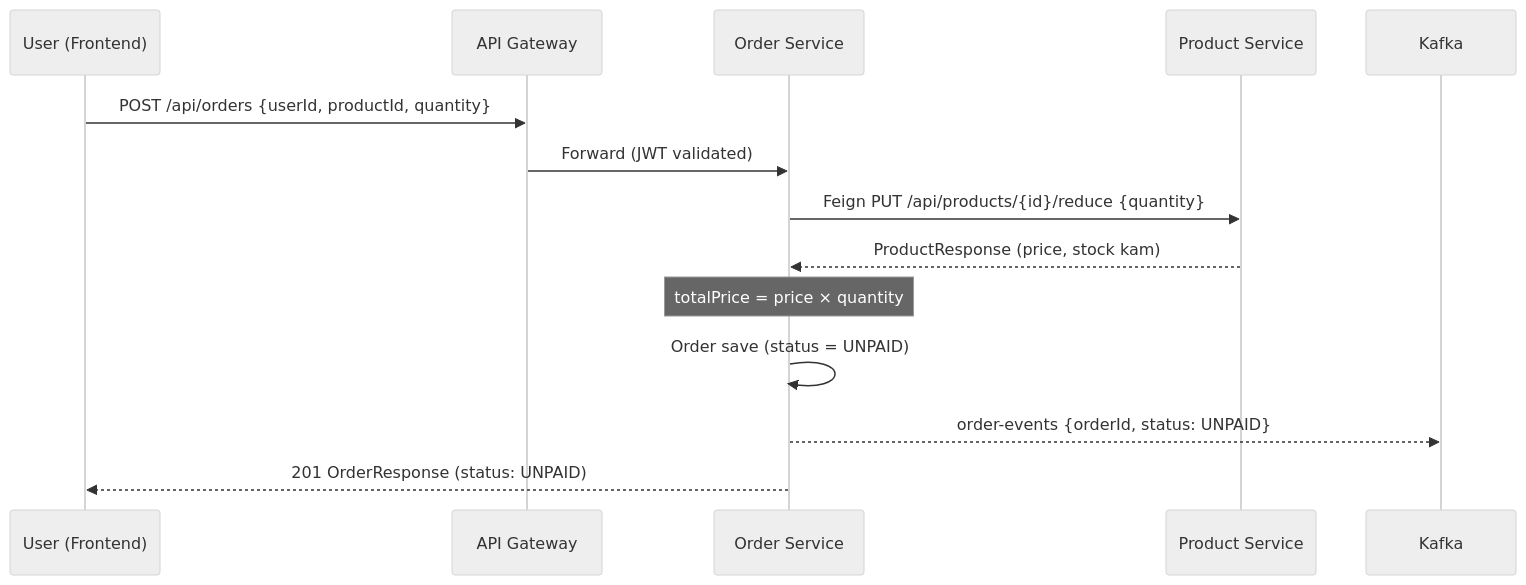
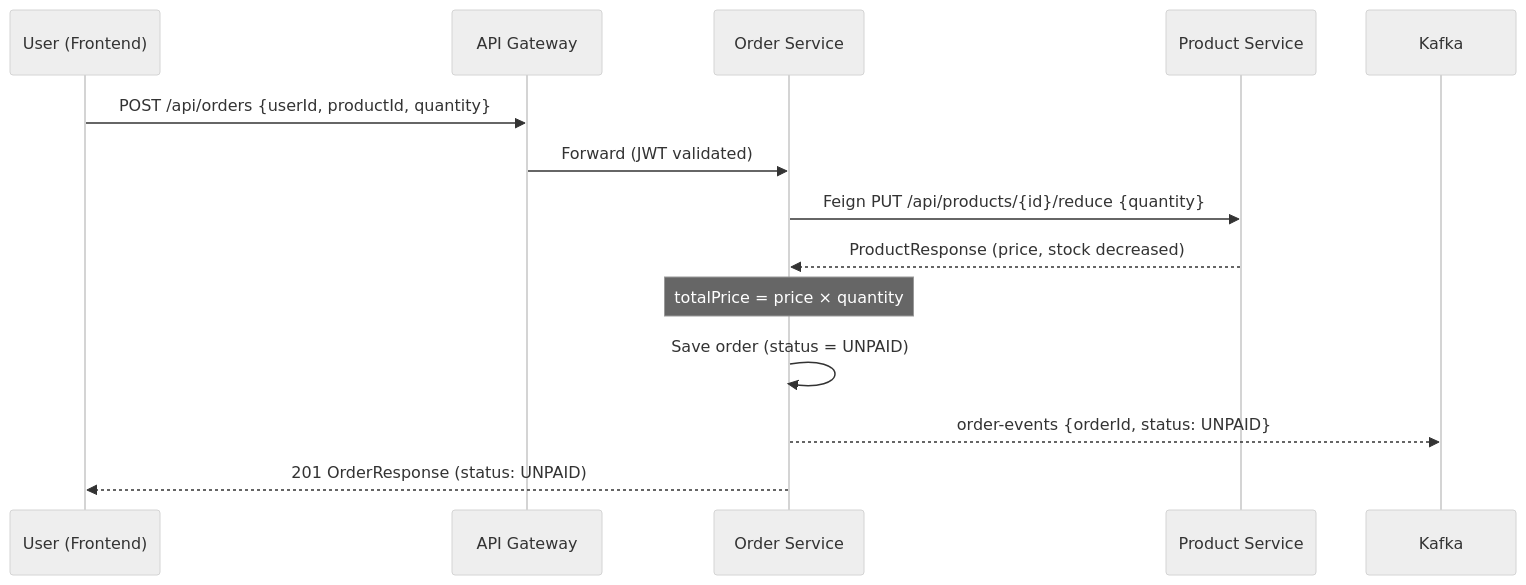
Before and after one commit to shubhamdagar9854/OrderPulse: the third of 8 diagrams in README.md, drawn with Mermaid (neutral theme). The commit also changed other lines of this file, not shown here.

````diff
--- a/README.md
+++ b/README.md
@@ -135,16 +135,16 @@
 ```mermaid
 sequenceDiagram
     participant U as User (Frontend)
     participant GW as API Gateway
     participant OS as Order Service
     participant PS as Product Service
 
     U->>GW: POST /api/orders {userId, productId, quantity}
     GW->>OS: Forward (JWT validated)
     OS->>PS: Feign PUT /api/products/{id}/reduce {quantity}
-    PS-->>OS: ProductResponse (price, stock kam)
+    PS-->>OS: ProductResponse (price, stock decreased)
     Note over OS: totalPrice = price × quantity
-    OS->>OS: Order save (status = UNPAID)
+    OS->>OS: Save order (status = UNPAID)
     OS-->>Kafka: order-events {orderId, status: UNPAID}
     OS-->>U: 201 OrderResponse (status: UNPAID)
 ```
````
